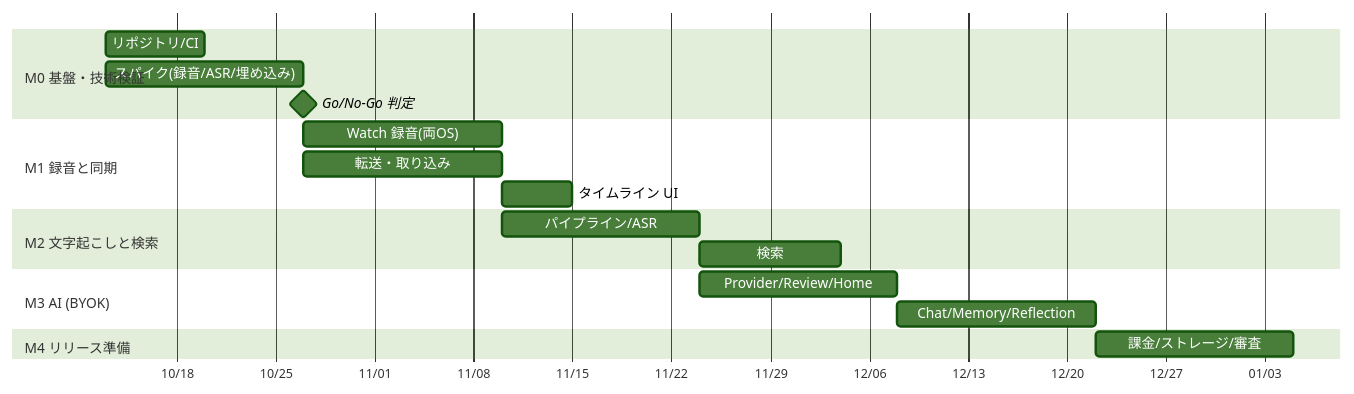
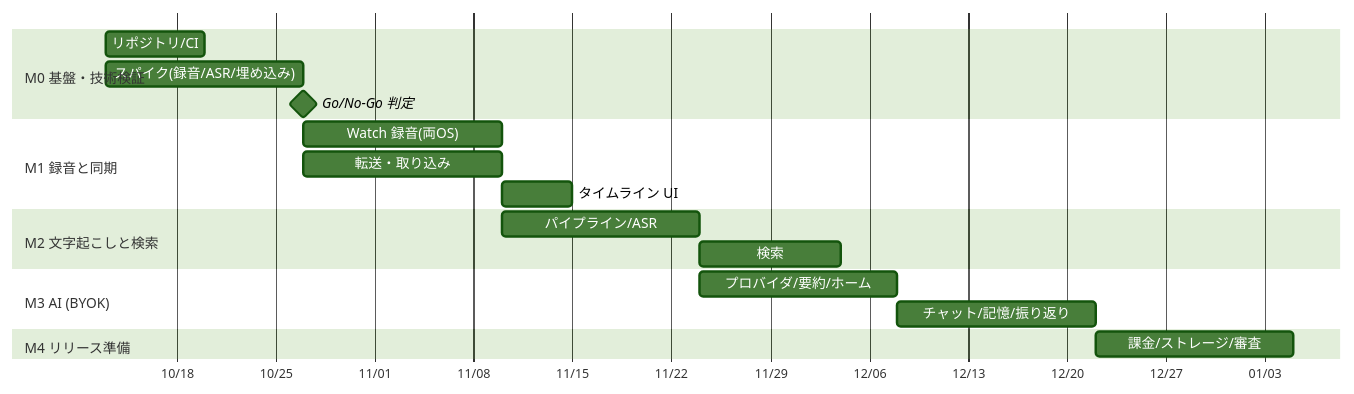
One commit to Soichiro5/watch-audio changed the diagram in docs/03-roadmap.md. Above: the diagram before and after it, drawn with Mermaid (forest theme). The commit also changed other lines of this file and 3 other files, not shown here.

````diff
--- a/docs/03-roadmap.md
+++ b/docs/03-roadmap.md
@@ -45,21 +45,21 @@
 ```mermaid
 gantt
   dateFormat  YYYY-MM-DD
   axisFormat  %m/%d
   section M0 基盤・技術検証
   リポジトリ/CI           :m0a, 2026-10-13, 7d
   スパイク(録音/ASR/埋め込み) :m0b, 2026-10-13, 14d
   Go/No-Go 判定           :milestone, after m0b, 0d
   section M1 録音と同期
   Watch 録音(両OS)        :m1a, after m0b, 14d
   転送・取り込み          :m1b, after m0b, 14d
   タイムライン UI         :m1c, after m1b, 5d
   section M2 文字起こしと検索
   パイプライン/ASR        :m2a, after m1b, 14d
   検索                    :m2b, after m2a, 10d
   section M3 AI (BYOK)
-  Provider/Review/Home    :m3a, after m2a, 14d
-  Chat/Memory/Reflection  :m3b, after m3a, 14d
+  プロバイダ/要約/ホーム    :m3a, after m2a, 14d
+  チャット/記憶/振り返り  :m3b, after m3a, 14d
   section M4 リリース準備
   課金/ストレージ/審査    :m4, after m3b, 14d
 ```
````
